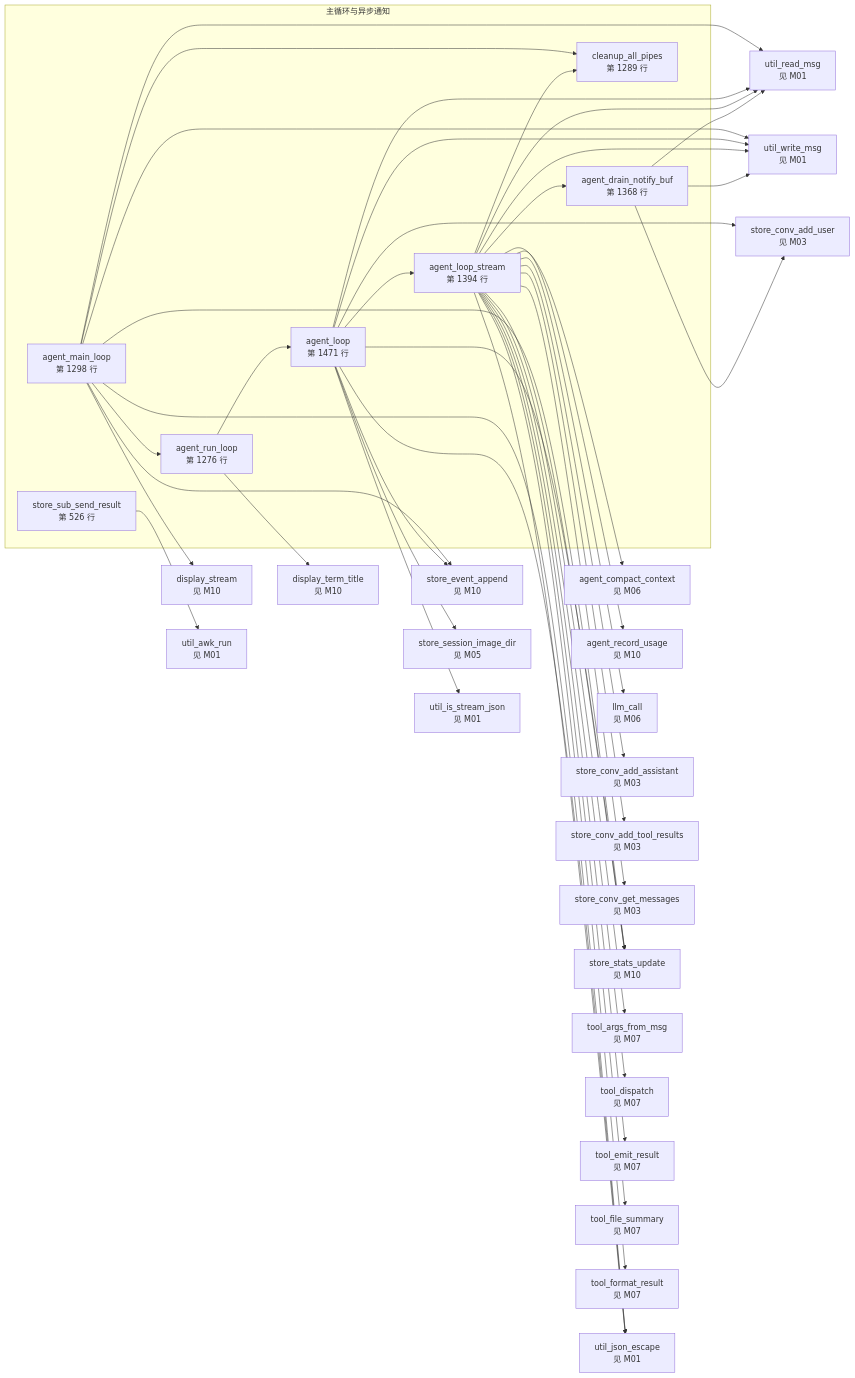
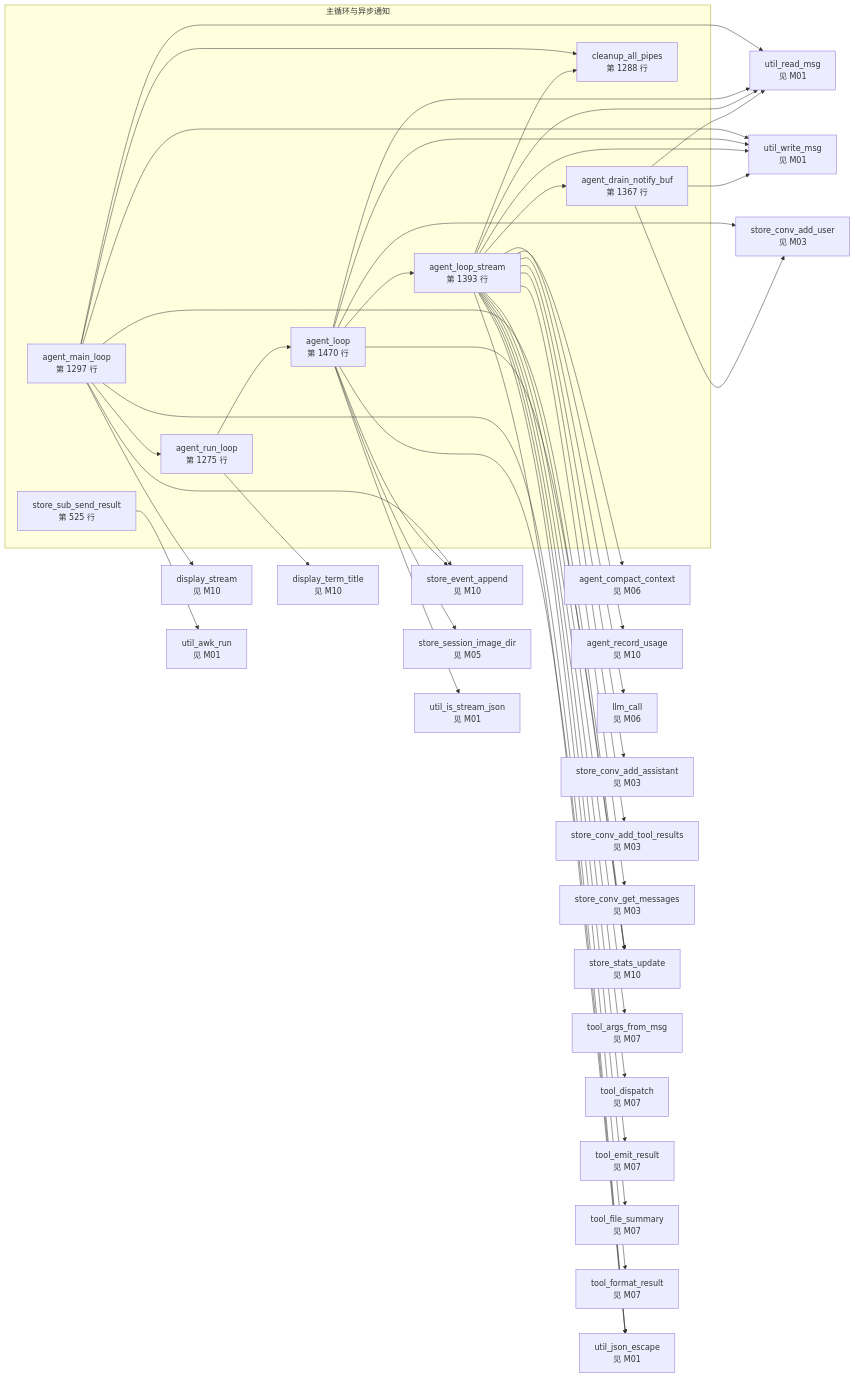
One commit to lloydzhou/bash-agent changed diagram 11 of 15 in docs/bash-data-flow.md. Above: the diagram before and after it, drawn with Mermaid. The commit also changed other lines of this file and 1 other file, not shown here.

Commit message:
style: 移除 store_conv_get_messages 接口注释

````diff
--- a/docs/bash-data-flow.md
+++ b/docs/bash-data-flow.md
@@ -436,74 +436,74 @@
 ```mermaid
 flowchart LR
   subgraph mod_9["主循环与异步通知"]
-    f_agent_main_loop["agent_main_loop<br/>第 1298 行"]
-    f_agent_run_loop["agent_run_loop<br/>第 1276 行"]
-    f_agent_loop["agent_loop<br/>第 1471 行"]
-    f_agent_loop_stream["agent_loop_stream<br/>第 1394 行"]
-    f_agent_drain_notify_buf["agent_drain_notify_buf<br/>第 1368 行"]
-    f_store_sub_send_result["store_sub_send_result<br/>第 526 行"]
-    f_cleanup_all_pipes["cleanup_all_pipes<br/>第 1289 行"]
+    f_agent_main_loop["agent_main_loop<br/>第 1297 行"]
+    f_agent_run_loop["agent_run_loop<br/>第 1275 行"]
+    f_agent_loop["agent_loop<br/>第 1470 行"]
+    f_agent_loop_stream["agent_loop_stream<br/>第 1393 行"]
+    f_agent_drain_notify_buf["agent_drain_notify_buf<br/>第 1367 行"]
+    f_store_sub_send_result["store_sub_send_result<br/>第 525 行"]
+    f_cleanup_all_pipes["cleanup_all_pipes<br/>第 1288 行"]
   end
   f_agent_compact_context["agent_compact_context<br/>见 M06"]
   f_agent_record_usage["agent_record_usage<br/>见 M10"]
   f_display_stream["display_stream<br/>见 M10"]
   f_display_term_title["display_term_title<br/>见 M10"]
   f_llm_call["llm_call<br/>见 M06"]
   f_store_conv_add_assistant["store_conv_add_assistant<br/>见 M03"]
   f_store_conv_add_tool_results["store_conv_add_tool_results<br/>见 M03"]
   f_store_conv_add_user["store_conv_add_user<br/>见 M03"]
   f_store_conv_get_messages["store_conv_get_messages<br/>见 M03"]
   f_store_event_append["store_event_append<br/>见 M10"]
   f_store_session_image_dir["store_session_image_dir<br/>见 M05"]
   f_store_stats_update["store_stats_update<br/>见 M10"]
   f_tool_args_from_msg["tool_args_from_msg<br/>见 M07"]
   f_tool_dispatch["tool_dispatch<br/>见 M07"]
   f_tool_emit_result["tool_emit_result<br/>见 M07"]
   f_tool_file_summary["tool_file_summary<br/>见 M07"]
   f_tool_format_result["tool_format_result<br/>见 M07"]
   f_util_awk_run["util_awk_run<br/>见 M01"]
   f_util_is_stream_json["util_is_stream_json<br/>见 M01"]
   f_util_json_escape["util_json_escape<br/>见 M01"]
   f_util_read_msg["util_read_msg<br/>见 M01"]
   f_util_write_msg["util_write_msg<br/>见 M01"]
   f_agent_main_loop --> f_util_read_msg
   f_agent_main_loop --> f_util_write_msg
   f_agent_main_loop --> f_display_stream
   f_agent_main_loop --> f_store_event_append
   f_agent_main_loop --> f_util_json_escape
   f_agent_main_loop --> f_store_stats_update
   f_agent_main_loop --> f_agent_run_loop
   f_agent_main_loop --> f_cleanup_all_pipes
   f_agent_run_loop --> f_agent_loop
   f_agent_run_loop --> f_display_term_title
   f_agent_loop --> f_store_event_append
   f_agent_loop --> f_util_json_escape
   f_agent_loop --> f_store_session_image_dir
   f_agent_loop --> f_store_conv_add_user
   f_agent_loop --> f_store_stats_update
   f_agent_loop --> f_agent_loop_stream
   f_agent_loop --> f_util_read_msg
   f_agent_loop --> f_util_is_stream_json
   f_agent_loop --> f_util_write_msg
   f_agent_loop_stream --> f_cleanup_all_pipes
   f_agent_loop_stream --> f_agent_drain_notify_buf
   f_agent_loop_stream --> f_agent_compact_context
   f_agent_loop_stream --> f_util_write_msg
   f_agent_loop_stream --> f_store_conv_get_messages
   f_agent_loop_stream --> f_llm_call
   f_agent_loop_stream --> f_util_read_msg
   f_agent_loop_stream --> f_tool_args_from_msg
   f_agent_loop_stream --> f_tool_dispatch
   f_agent_loop_stream --> f_tool_format_result
   f_agent_loop_stream --> f_tool_file_summary
   f_agent_loop_stream --> f_util_json_escape
   f_agent_loop_stream --> f_tool_emit_result
   f_agent_loop_stream --> f_agent_record_usage
   f_agent_loop_stream --> f_store_stats_update
   f_agent_loop_stream --> f_store_conv_add_assistant
   f_agent_loop_stream --> f_store_conv_add_tool_results
   f_agent_drain_notify_buf --> f_util_read_msg
   f_agent_drain_notify_buf --> f_util_write_msg
   f_agent_drain_notify_buf --> f_store_conv_add_user
   f_store_sub_send_result --> f_util_awk_run
 ```
````
